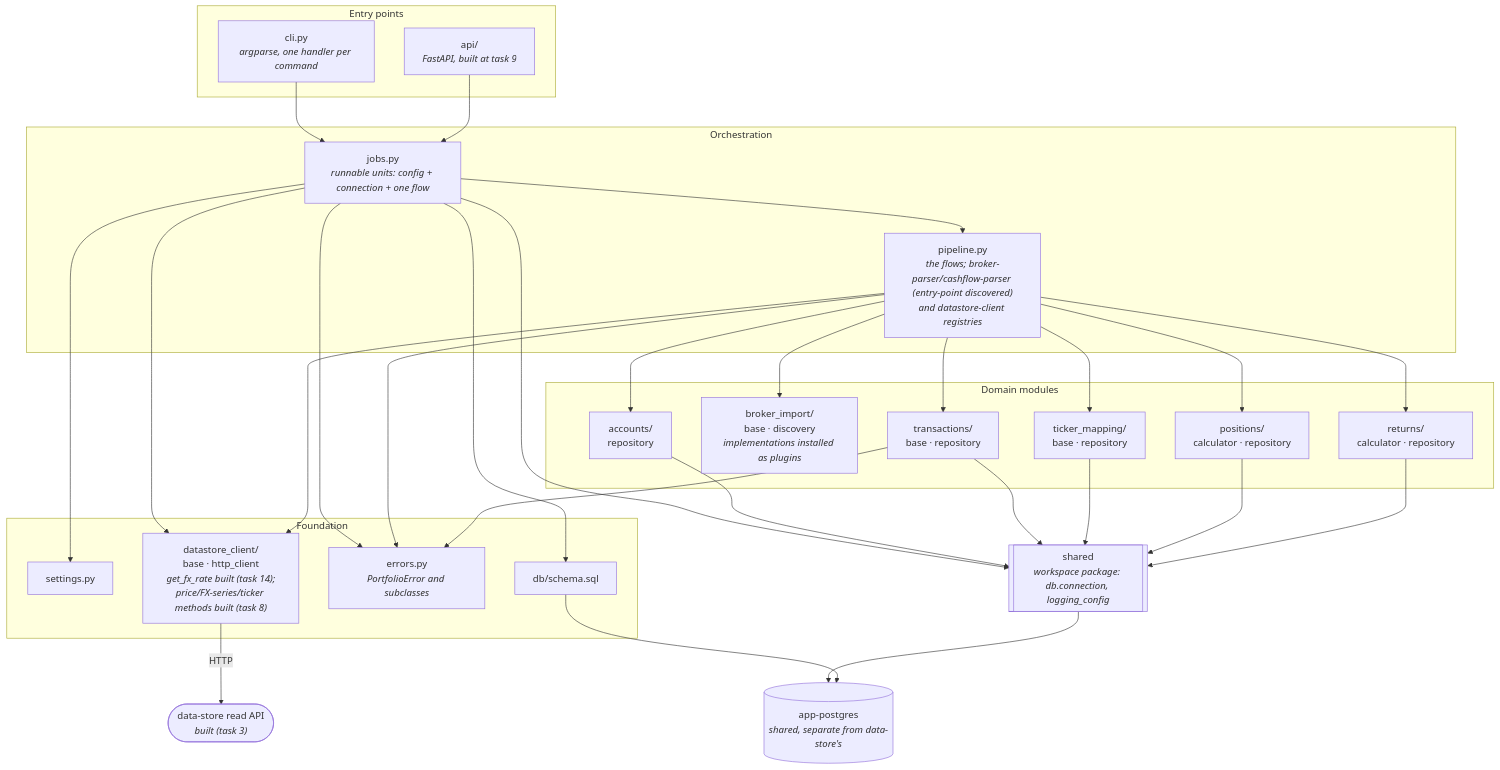
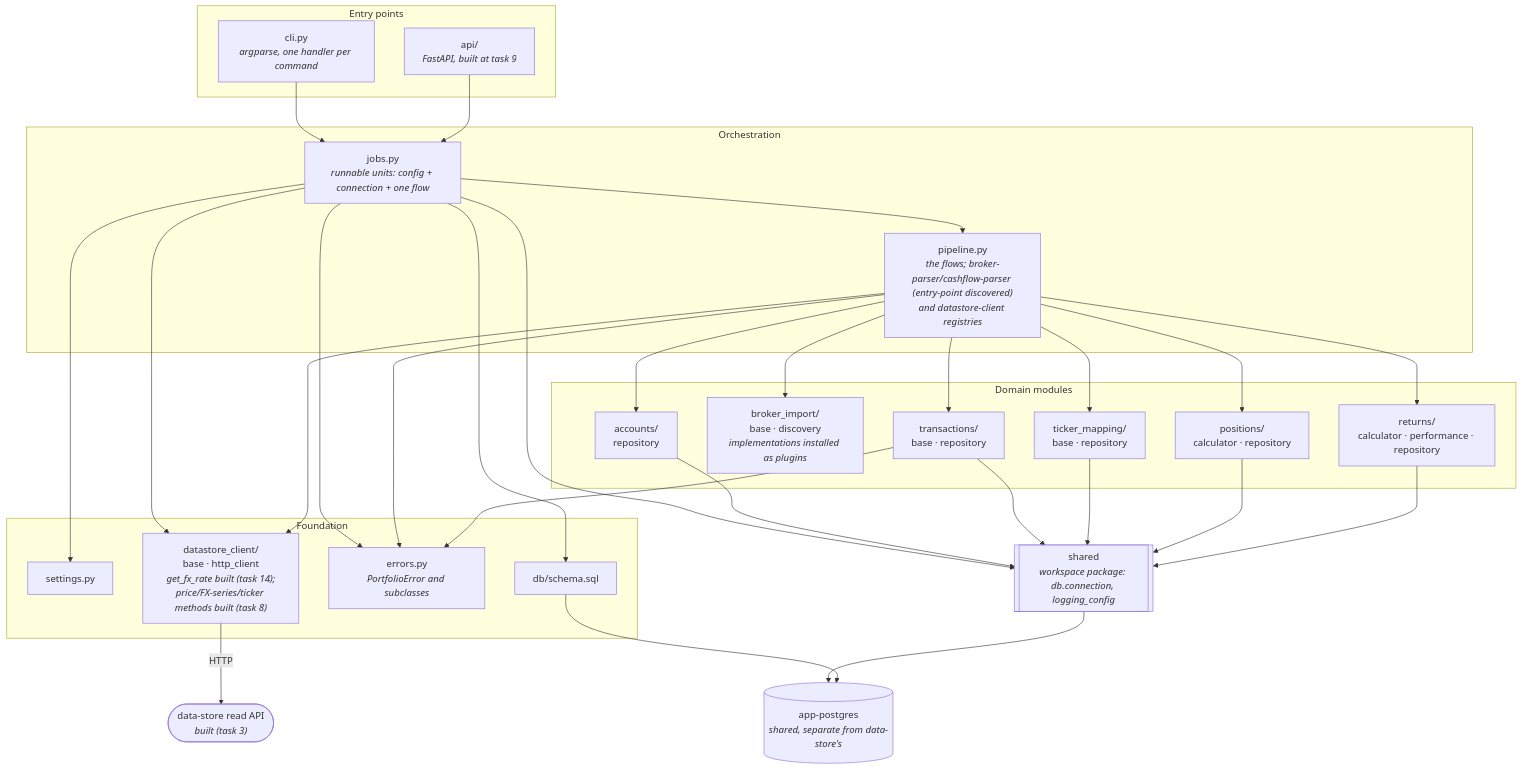
One commit to jpedropereira/Stakehold changed the first of 2 diagrams in services/portfolio/docs/architecture.md. Above: the diagram before and after it, drawn with Mermaid. The commit also changed other lines of this file and 6 other files, not shown here.

````diff
--- a/services/portfolio/docs/architecture.md
+++ b/services/portfolio/docs/architecture.md
@@ -59,58 +59,58 @@
 ```mermaid
 flowchart TD
     subgraph entry["Entry points"]
         CLI["cli.py<br/><i>argparse, one handler per command</i>"]
         API["api/<br/><i>FastAPI, built at task 9</i>"]
     end
 
     subgraph orch["Orchestration"]
         JOBS["jobs.py<br/><i>runnable units: config + connection + one flow</i>"]
         PIPE["pipeline.py<br/><i>the flows; broker-parser/cashflow-parser (entry-point discovered)<br/>and datastore-client registries</i>"]
     end
 
     subgraph domain["Domain modules"]
         ACC["accounts/<br/>repository"]
         IMP["broker_import/<br/>base · discovery<br/><i>implementations installed as plugins</i>"]
         MAP["ticker_mapping/<br/>base · repository"]
         TXN["transactions/<br/>base · repository"]
         POS["positions/<br/>calculator · repository"]
-        RET["returns/<br/>calculator · repository"]
+        RET["returns/<br/>calculator · performance · repository"]
     end
 
     subgraph found["Foundation"]
         SET["settings.py"]
         DB["db/schema.sql"]
         ERR["errors.py<br/><i>PortfolioError and subclasses</i>"]
         DSC["datastore_client/<br/>base · http_client<br/><i>get_fx_rate built (task 14);<br/>price/FX-series/ticker methods built (task 8)</i>"]
     end
 
     SH[["shared<br/><i>workspace package: db.connection, logging_config</i>"]]
     PG[("app-postgres<br/><i>shared, separate from data-store's</i>")]
     DSAPI(["data-store read API<br/><i>built (task 3)</i>"])
 
     CLI --> JOBS
     API --> JOBS
     JOBS --> PIPE
     JOBS --> SET
     JOBS --> DB
     JOBS --> ERR
     JOBS --> DSC
     PIPE --> ACC
     PIPE --> IMP
     PIPE --> MAP
     PIPE --> TXN
     PIPE --> POS
     PIPE --> RET
     PIPE --> DSC
     PIPE --> ERR
     TXN --> ERR
     JOBS --> SH
     ACC --> SH
     TXN --> SH
     MAP --> SH
     POS --> SH
     RET --> SH
     SH --> PG
     DB --> PG
     DSC -->|HTTP| DSAPI
 ```
````
